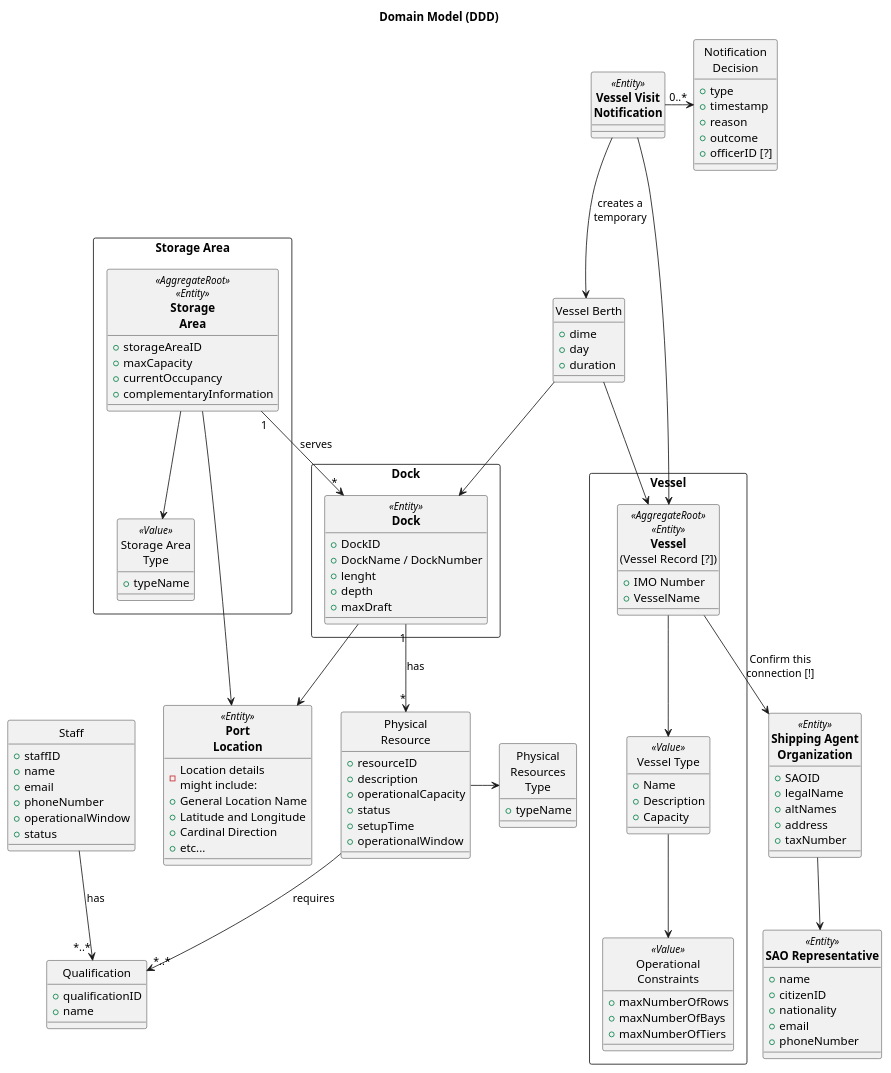
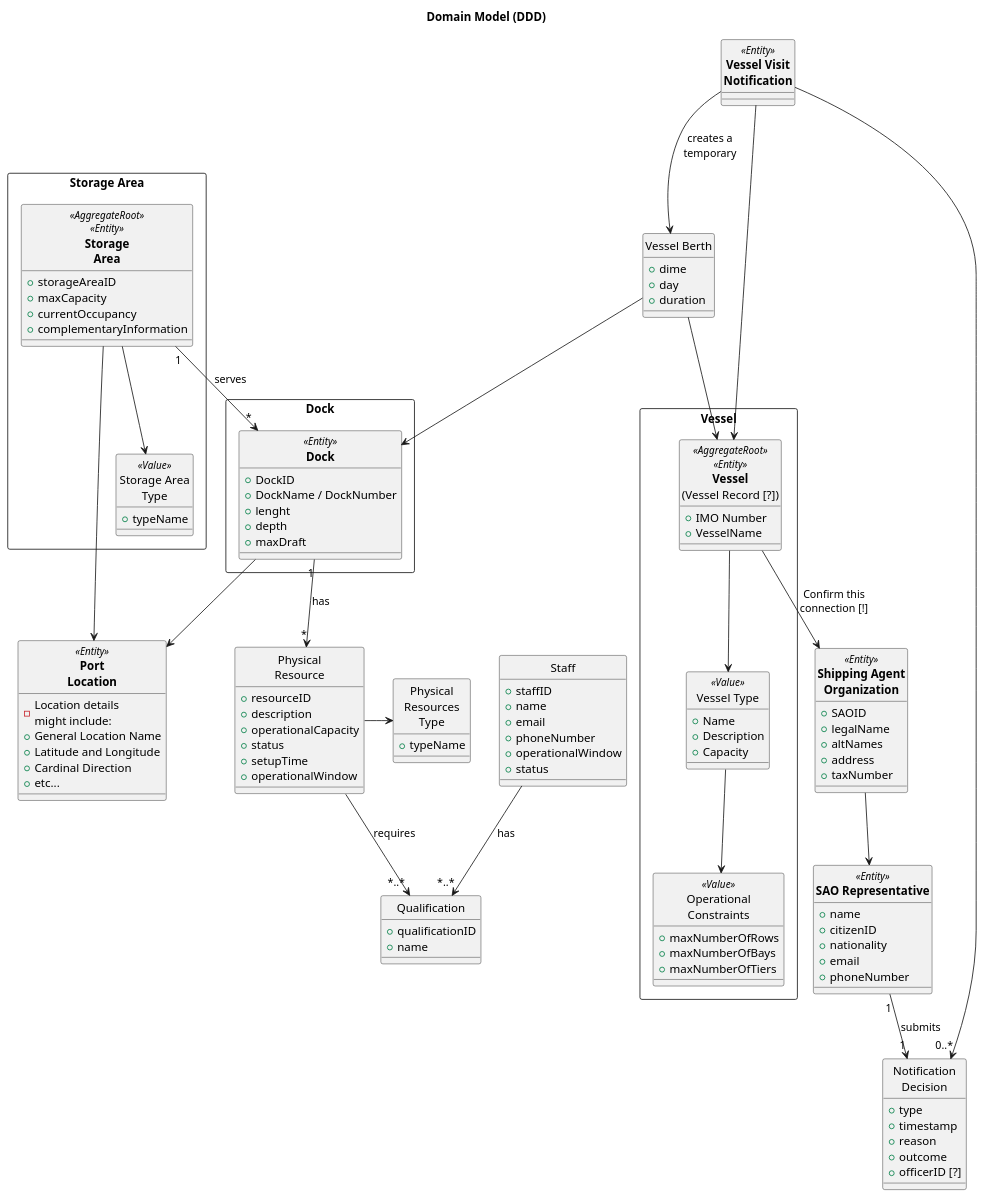
The diagram in docs/sprint_1/global_artifacts/domain/domain_model.puml (BernasDzn/portit), drawn with PlantUML before and after one commit.

Commit message:
docs(domain): add connection from SAO Representative to Notification
refs: #24

```diff
--- a/docs/sprint_1/global_artifacts/domain/domain_model.puml
+++ b/docs/sprint_1/global_artifacts/domain/domain_model.puml
@@ -1,155 +1,155 @@
 @startuml domain_model
 title Domain Model (DDD)
 hide circle
 
 rectangle "Vessel" {
 	class "**Vessel**\n(Vessel Record [?])" as vessel <<AggregateRoot>><<Entity>>
 	{
 		+ IMO Number
 		+ VesselName
 	}
 
 	class "Vessel Type" as vessel_type <<Value>>
 	{
 		+ Name
 		+ Description
 		+ Capacity
 	}
 
 	class "Operational\nConstraints" as op_constraints <<Value>>
 	{
 		+ maxNumberOfRows
 		+ maxNumberOfBays
 		+ maxNumberOfTiers
 	}
 
 	vessel --> vessel_type
 	vessel_type --> op_constraints
 }
 
 class "Physical\nResource" as phys_res
 {
 	+ resourceID
 	+ description
 	+ operationalCapacity
 	+ status
 	+ setupTime
 	+ operationalWindow
 }
 
 class "Physical\nResources\nType" as phys_res_type
 {
 	+ typeName
 }
 
 class "Qualification" as quali
 {
 	+ qualificationID
 	+ name
 }
 
 class "Staff" as staff
 {
 	+ staffID
 	+ name
 	+ email
 	+ phoneNumber
 	+ operationalWindow
 	+ status
 }
 
 rectangle "Dock" {
 	class "**Dock**" as dock <<Entity>>
 	{
 		+ DockID
 		+ DockName / DockNumber
 		+ lenght
 		+ depth
 		+ maxDraft
 	}
 
 	dock "1" --> "*" phys_res : "has"
 }
 
 class "**Port**\n**Location**" as port_loc <<Entity>>
 {
 	- Location details \nmight include:
 	+ General Location Name
 	+ Latitude and Longitude
 	+ Cardinal Direction
 	+ etc...
 }
 
 rectangle "Storage Area"{
 	
 	class "**Storage**\n**Area**" as storage_area <<AggregateRoot>><<Entity>>
 	{
 		+ storageAreaID
 		+ maxCapacity
 		+ currentOccupancy
 		+ complementaryInformation
 	}
 
 	class "Storage Area\nType" as storage_area_type <<Value>>{
 		+ typeName
 	}
 
 	storage_area --> storage_area_type
 	storage_area --> port_loc
 	storage_area "1" --> "*" dock : "serves"
 }
 
 class "**Shipping Agent**\n**Organization**" as SAO <<Entity>>
 {
 	+ SAOID
 	+ legalName
 	+ altNames
 	+ address
 	+ taxNumber
 }
 
 class "**SAO Representative**" as SAO_rep <<Entity>>
 {
 	+ name
 	+ citizenID
 	+ nationality
 	+ email
 	+ phoneNumber
 }
 
 class "**Vessel Visit**\n**Notification**" as vesel_visit_notif <<Entity>>
 {
 }
-
 class "Vessel Berth" as vessel_berth
 {
 	+ dime
 	+ day
 	+ duration
 }
 
 class "Notification\nDecision" as notif_dec
 {
 	+ type
 	+ timestamp
 	+ reason
 	+ outcome
 	+ officerID [?]
 }
 
 phys_res -> phys_res_type
 phys_res --> "*..*" quali : "requires"
 staff --> "*..*" quali : "has"
 
 vesel_visit_notif -> "0..*" notif_dec
 vesel_visit_notif --> vessel_berth : "creates a\ntemporary"
-vesel_visit_notif ---> vessel
+vesel_visit_notif --> vessel
 vessel_berth --> vessel
 vessel_berth --> dock
 
+SAO_rep "1" --> "1" notif_dec : "submits"
 
 vessel --> SAO : "Confirm this\nconnection [!]"
 dock --> port_loc
 SAO --> SAO_rep
 
 @enduml
```
